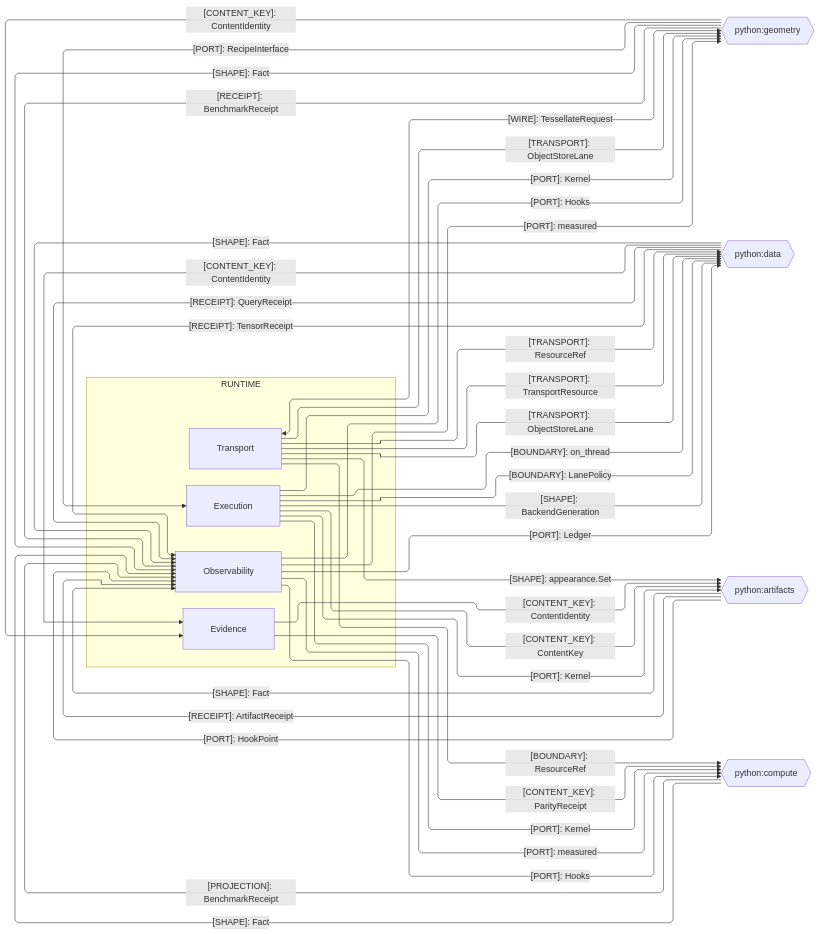
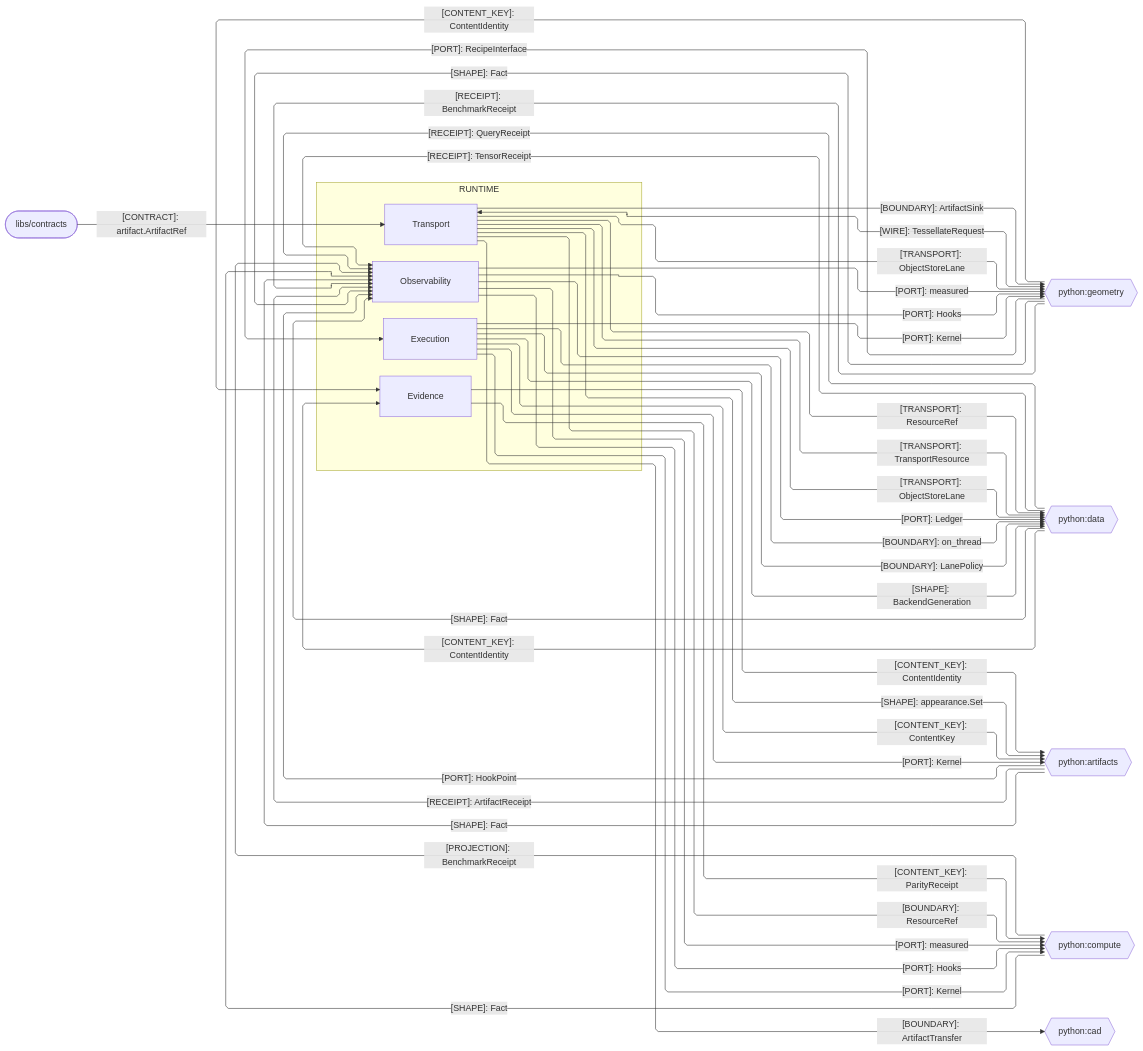
One commit to bsamiee/Rasm changed the third of 4 diagrams in libs/python/runtime/ARCHITECTURE.md. Above: the diagram before and after it, drawn with Mermaid. The commit also changed other lines of this file and 522 other files, not shown here.

First line of the commit message:
rebuild: unify the contracts estate into libs/contracts

````diff
--- a/libs/python/runtime/ARCHITECTURE.md
+++ b/libs/python/runtime/ARCHITECTURE.md
@@ -179,56 +192,61 @@
 ```mermaid
 ---
 config:
   layout: elk
   flowchart:
     curve: linear
     padding: 25
 ---
 flowchart LR
     accTitle: Runtime cross-package Python seams
     accDescr: Runtime sub-domain owners exchanging content identity, transport, kernel and hook ports, and receipts with the Python siblings.
     subgraph runtime[RUNTIME]
         Transport[Transport]
         Evidence[Evidence]
         Observability[Observability]
         Execution[Execution]
     end
     Geometry{{python:geometry}}
     Data{{python:data}}
     Artifacts{{python:artifacts}}
     Compute{{python:compute}}
+    Cad{{python:cad}}
+    Contracts([libs/contracts])
     Transport e1@<-->|"[WIRE]: TessellateRequest"| Geometry
     Geometry e2@-->|"[CONTENT_KEY]: ContentIdentity"| Evidence
     Geometry e3@-->|"[PORT]: RecipeInterface"| Execution
     Data e4@-->|"[CONTENT_KEY]: ContentIdentity"| Evidence
     Transport e5@-->|"[TRANSPORT]: ResourceRef"| Data
     Transport e6@-->|"[TRANSPORT]: TransportResource"| Data
     Observability e7@-->|"[PORT]: Ledger"| Data
     Data e8@-->|"[RECEIPT]: QueryReceipt"| Observability
     Data e9@-->|"[RECEIPT]: TensorReceipt"| Observability
     Execution e10@-->|"[BOUNDARY]: on_thread"| Data
     Execution e11@-->|"[BOUNDARY]: LanePolicy"| Data
     Execution e12@-->|"[SHAPE]: BackendGeneration"| Data
     Evidence e13@-->|"[CONTENT_KEY]: ContentIdentity"| Artifacts
     Artifacts e14@-->|"[RECEIPT]: ArtifactReceipt"| Observability
     Execution e15@-->|"[CONTENT_KEY]: ContentKey"| Artifacts
     Execution e16@-->|"[PORT]: Kernel"| Artifacts
     Transport e17@-->|"[SHAPE]: appearance.Set"| Artifacts
     Artifacts e18@-->|"[PORT]: HookPoint"| Observability
     Evidence e19@-->|"[CONTENT_KEY]: ParityReceipt"| Compute
     Transport e20@-->|"[BOUNDARY]: ResourceRef"| Compute
     Observability e21@-->|"[PORT]: measured"| Compute
     Execution e22@-->|"[PORT]: Kernel"| Compute
     Transport e23@-->|"[TRANSPORT]: ObjectStoreLane"| Data
     Transport e24@-->|"[TRANSPORT]: ObjectStoreLane"| Geometry
     Artifacts e25@-->|"[SHAPE]: Fact"| Observability
     Compute e26@-->|"[SHAPE]: Fact"| Observability
     Data e27@-->|"[SHAPE]: Fact"| Observability
     Geometry e28@-->|"[SHAPE]: Fact"| Observability
     Observability e23@-->|"[PORT]: Hooks"| Compute
     Compute e24@-->|"[PROJECTION]: BenchmarkReceipt"| Observability
     Execution e25@-->|"[PORT]: Kernel"| Geometry
     Geometry e26@-->|"[RECEIPT]: BenchmarkReceipt"| Observability
     Observability e27@-->|"[PORT]: measured"| Geometry
     Observability e28@-->|"[PORT]: Hooks"| Geometry
+    Transport e29@-->|"[BOUNDARY]: ArtifactSink"| Geometry
+    Transport e30@-->|"[BOUNDARY]: ArtifactTransfer"| Cad
+    Contracts e31@-->|"[CONTRACT]: artifact.ArtifactRef"| Transport
 ```
````
